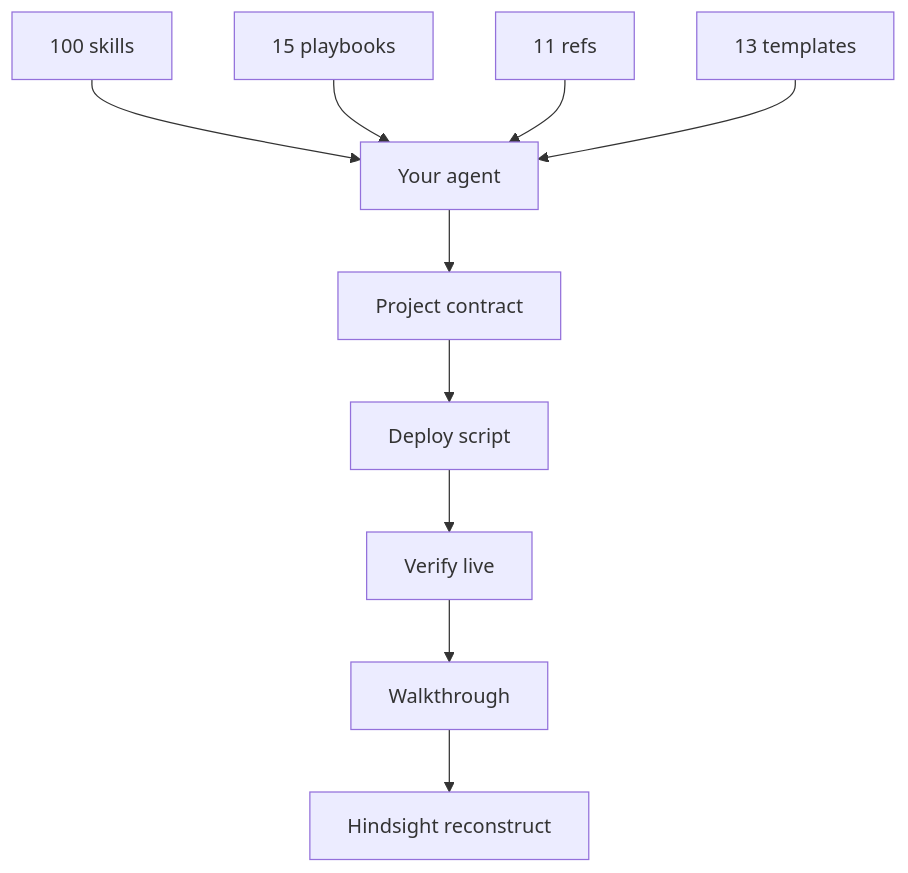
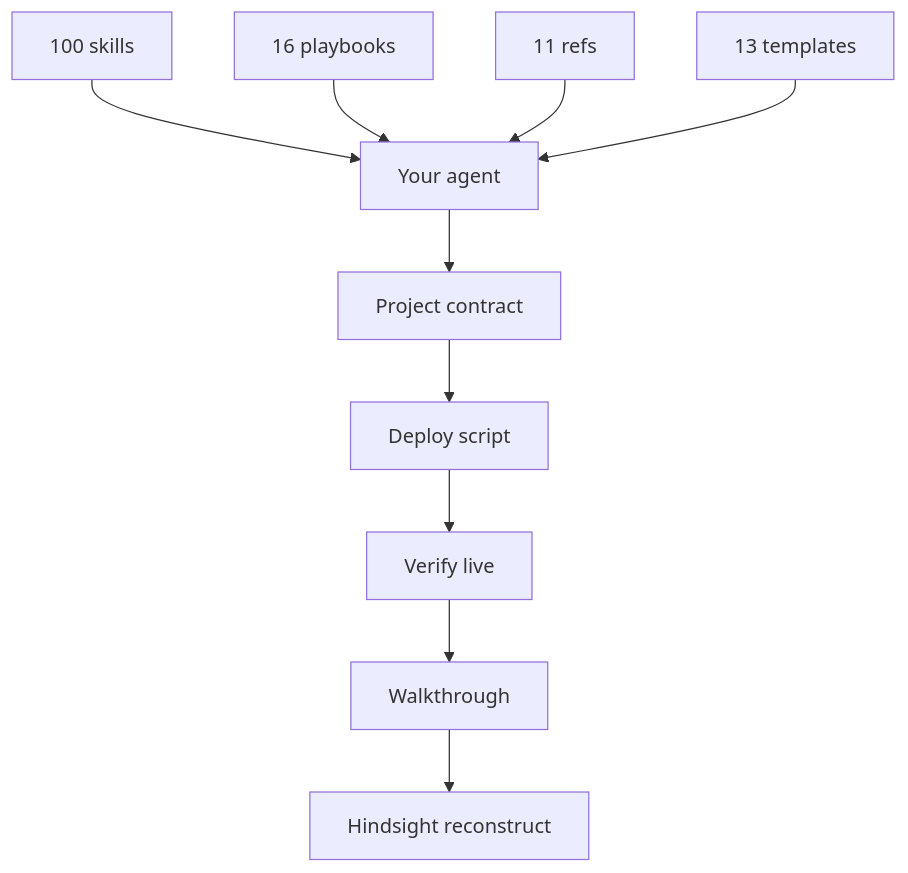
One commit to Nonarkara/dr-non-vibecoding-skills changed the third of 3 diagrams in README.md. Above: the diagram before and after it, drawn with Mermaid. The commit also changed other lines of this file and 2 other files, not shown here.

First line of the commit message:
feat(playbooks): add 16-the-philosophical-spine — ontology, virtue ethics, and the human commons

````diff
--- a/README.md
+++ b/README.md
@@ -371,12 +372,12 @@
 ```mermaid
 flowchart TB
   S["100 skills"] --> A["Your agent"]
-  P["15 playbooks"] --> A
+  P["16 playbooks"] --> A
   R["11 refs"] --> A
   T["13 templates"] --> A
   A --> W["Project contract"]
   W --> D["Deploy script"]
   D --> V["Verify live"]
   V --> H["Walkthrough"]
   H --> L["Hindsight reconstruct"]
 ```
````
